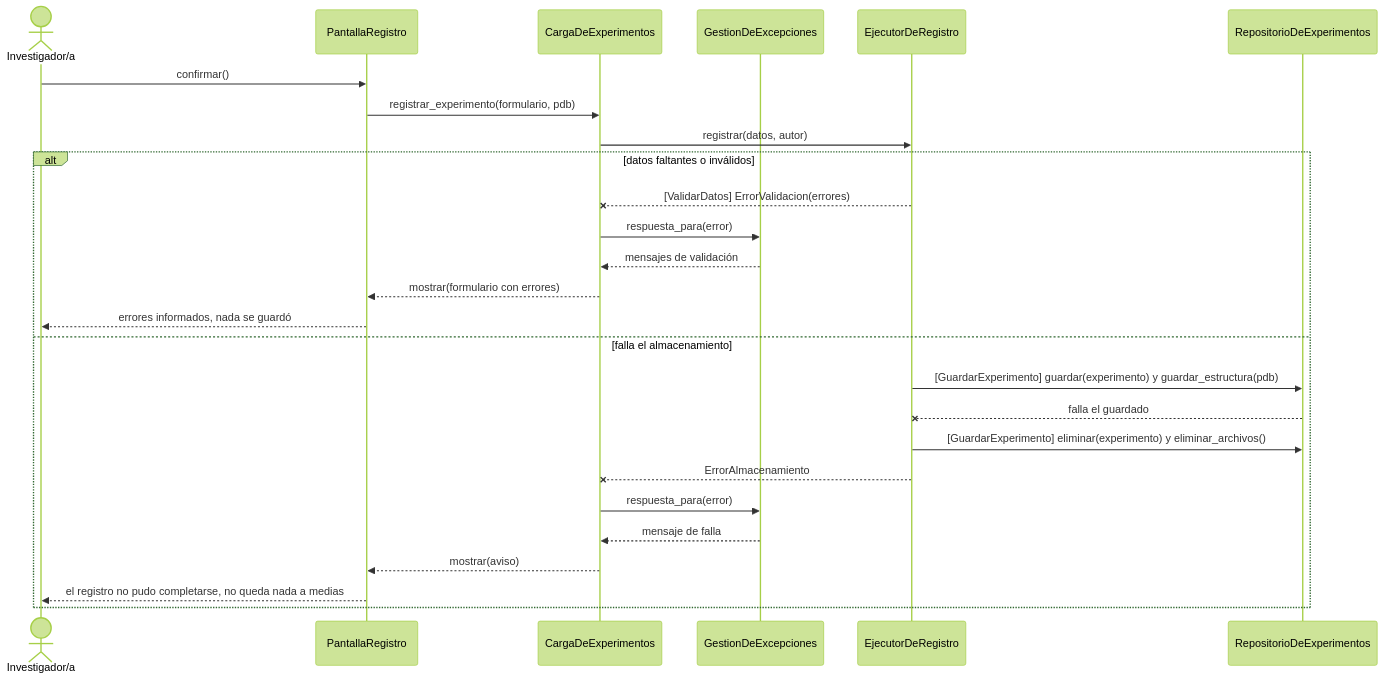
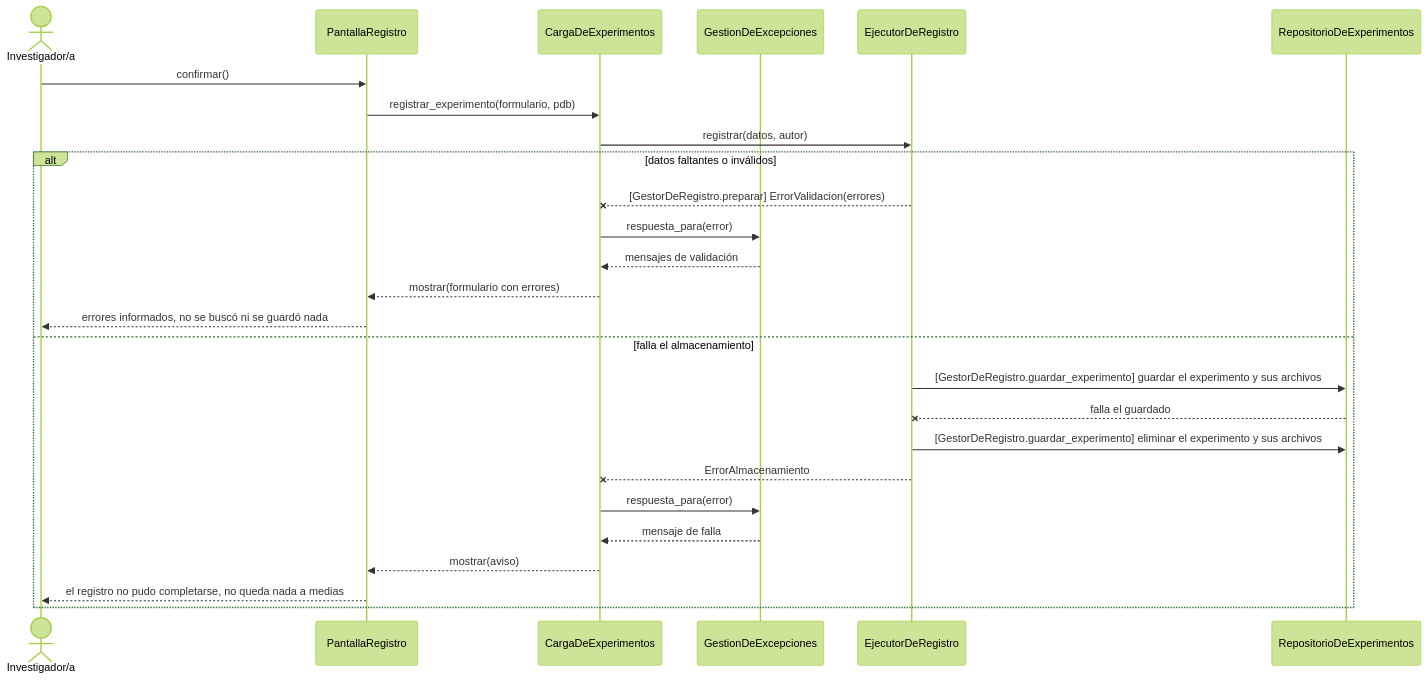
The fourth of 5 diagrams in docs/desing/diseno-detallado.md (LucasSegovia01/BitacoraBio-2026), drawn with Mermaid (forest theme) before and after one commit. The commit also changed other lines of this file, not shown here.

Commit message:
docs/desing: se sube una nueva versión del trabajo con un nuevo diagrama de clases, falta revisión de la información sobre las pruebas unitarias y covertura

````diff
--- a/docs/desing/diseno-detallado.md
+++ b/docs/desing/diseno-detallado.md
@@ -303,28 +312,28 @@
 ```mermaid
 sequenceDiagram
     actor Inv as Investigador/a
     participant PR as PantallaRegistro
     participant CE as CargaDeExperimentos
     participant GX as GestionDeExcepciones
     participant E as EjecutorDeRegistro
     participant RX as RepositorioDeExperimentos
     Inv->>PR: confirmar()
     PR->>CE: registrar_experimento(formulario, pdb)
     CE->>E: registrar(datos, autor)
     alt datos faltantes o inválidos
-        E--xCE: [ValidarDatos] ErrorValidacion(errores)
+        E--xCE: [GestorDeRegistro.preparar] ErrorValidacion(errores)
         CE->>GX: respuesta_para(error)
         GX-->>CE: mensajes de validación
         CE-->>PR: mostrar(formulario con errores)
-        PR-->>Inv: errores informados, nada se guardó
+        PR-->>Inv: errores informados, no se buscó ni se guardó nada
     else falla el almacenamiento
-        E->>RX: [GuardarExperimento] guardar(experimento) y guardar_estructura(pdb)
+        E->>RX: [GestorDeRegistro.guardar_experimento] guardar el experimento y sus archivos
         RX--xE: falla el guardado
-        E->>RX: [GuardarExperimento] eliminar(experimento) y eliminar_archivos()
+        E->>RX: [GestorDeRegistro.guardar_experimento] eliminar el experimento y sus archivos
         E--xCE: ErrorAlmacenamiento
         CE->>GX: respuesta_para(error)
         GX-->>CE: mensaje de falla
         CE-->>PR: mostrar(aviso)
         PR-->>Inv: el registro no pudo completarse, no queda nada a medias
     end
 ```
````
